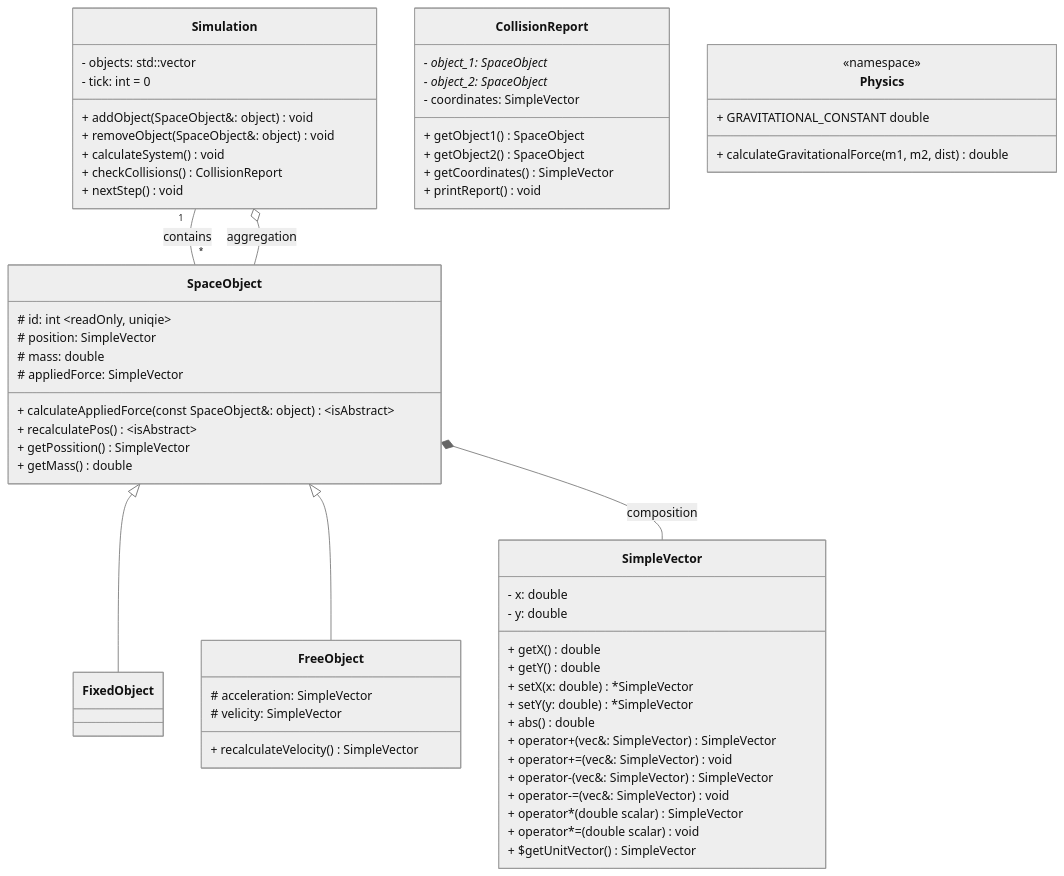
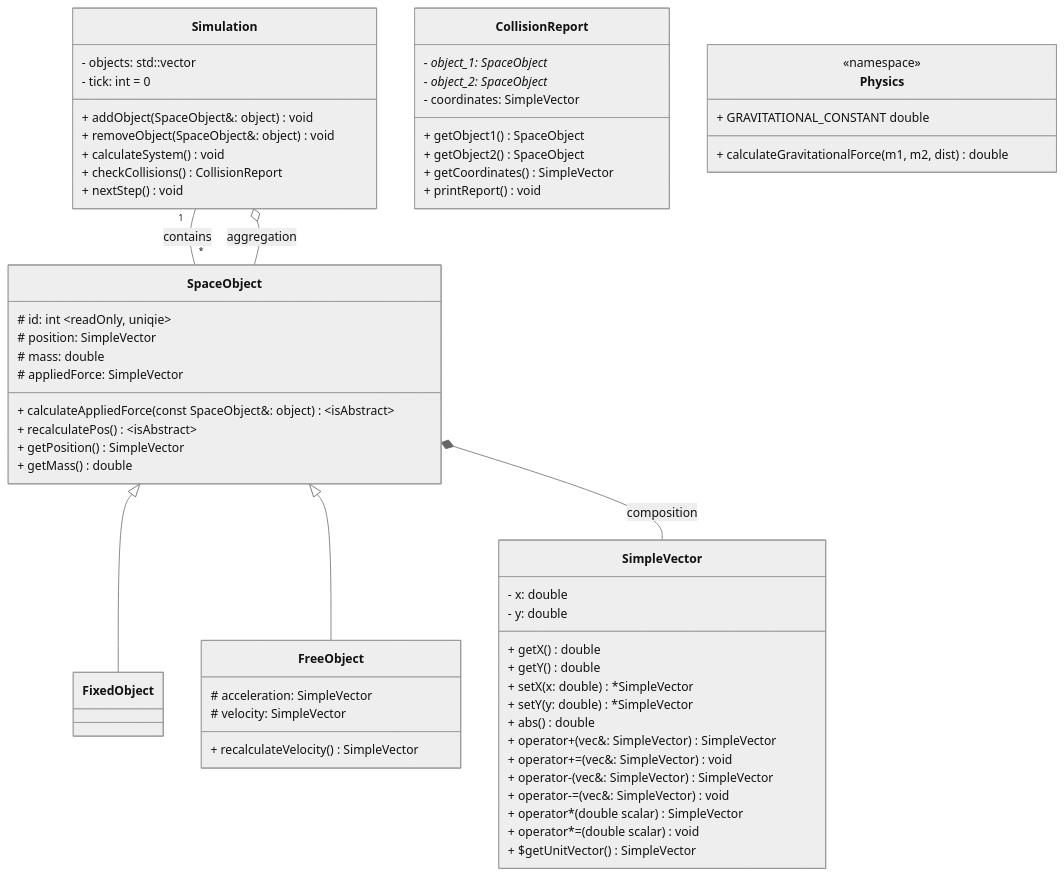
One commit to kotenko-o/simple-orbit-simulator changed the diagram in docs/classDiagram.mmd. Above: the diagram before and after it, drawn with Mermaid (neutral theme). The commit also changed 1 other file, not shown here.

```diff
--- a/docs/classDiagram.mmd
+++ b/docs/classDiagram.mmd
@@ -1,72 +1,72 @@
 classDiagram
 
     SpaceObject <|-- FixedObject
     SpaceObject <|-- FreeObject
     Simulation "1" -- "*" SpaceObject : contains
 
     SpaceObject *-- SimpleVector : composition
     Simulation o-- SpaceObject : aggregation
     
     class Simulation {
         - objects: std::vector<SpaceObject*>
         - tick: int = 0
         + addObject(SpaceObject&: object) void
         + removeObject(SpaceObject&: object) void
         + calculateSystem() void
         + checkCollisions() CollisionReport
         + nextStep() void
     }
 
     class SpaceObject {
         # id: int ~readOnly, uniqie~
         # position: SimpleVector
         # mass: double
         # appliedForce: SimpleVector
         + calculateAppliedForce(const SpaceObject&: object) ~isAbstract~
         + recalculatePos() ~isAbstract~
-        + getPossition() SimpleVector
+        + getPosition() SimpleVector
         + getMass() double
     }
 
     class FixedObject {
         
     }
 
     class FreeObject {
         # acceleration: SimpleVector
-        # velicity: SimpleVector
+        # velocity: SimpleVector
         + recalculateVelocity() SimpleVector
     }
 
     class SimpleVector {
         - x: double
         - y: double
         + getX() double
         + getY() double
         + setX(x: double) *SimpleVector
         + setY(y: double) *SimpleVector
         + abs() double
         + operator+(vec&: SimpleVector) SimpleVector
         + operator+=(vec&: SimpleVector) void
         + operator-(vec&: SimpleVector) SimpleVector
         + operator-=(vec&: SimpleVector) void
         + operator*(double scalar) SimpleVector
         + operator*=(double scalar) void
         + $getUnitVector() SimpleVector
     }
 
     class CollisionReport {
         - object_1: SpaceObject*
         - object_2: SpaceObject*
         - coordinates: SimpleVector
         + getObject1() SpaceObject
         + getObject2() SpaceObject
         + getCoordinates() SimpleVector
         + printReport() void
     }
 
     class Physics {
         <<namespace>>
         + GRAVITATIONAL_CONSTANT double
         + calculateGravitationalForce(m1, m2, dist) double
     }
```
